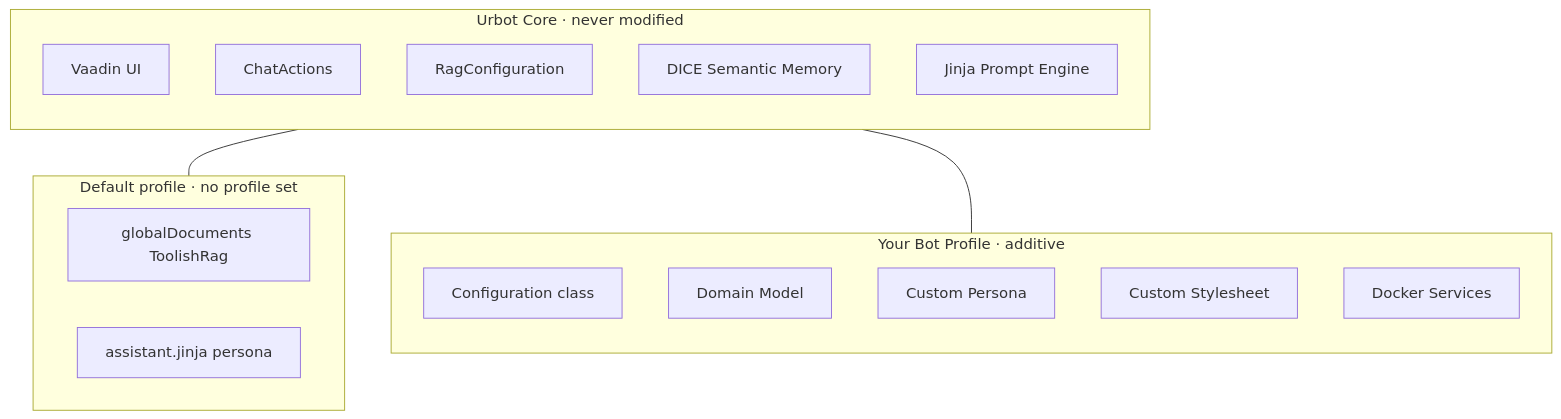
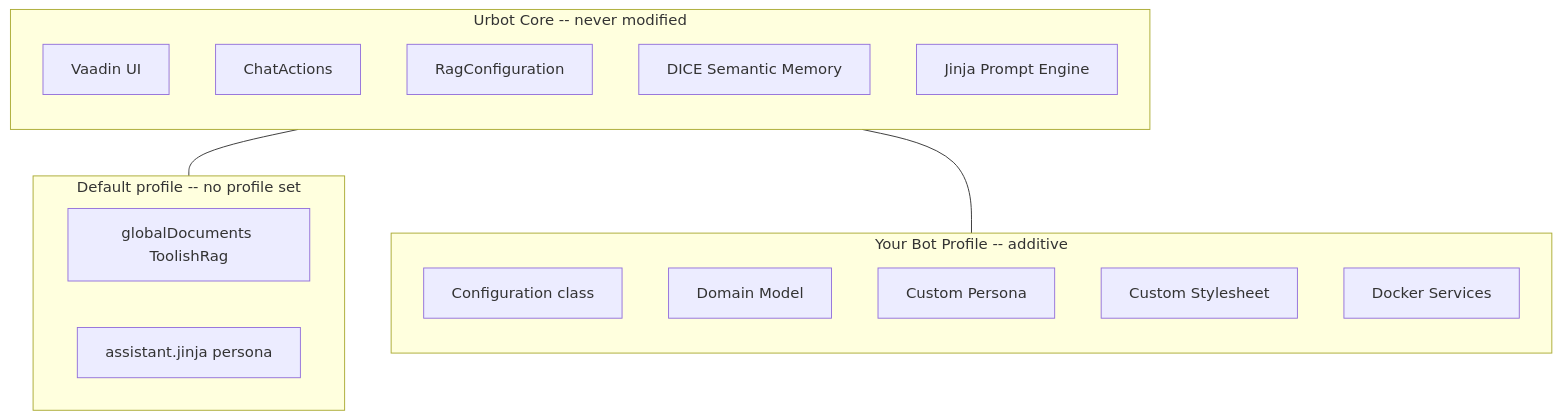
The third of 3 diagrams in README.md (embabel/urbot), drawn with Mermaid before and after one commit. The commit also changed other lines of this file and 3 other files, not shown here.

````diff
--- a/README.md
+++ b/README.md
@@ -173,28 +215,28 @@
 ```mermaid
 graph TB
-    subgraph Core["Urbot Core · never modified"]
+    subgraph Core["Urbot Core -- never modified"]
         direction TB
         UI["Vaadin UI"]
         Chat["ChatActions"]
         RAG["RagConfiguration"]
         Memory["DICE Semantic Memory"]
         Prompts["Jinja Prompt Engine"]
     end
 
-    subgraph Default["Default profile · no profile set"]
+    subgraph Default["Default profile -- no profile set"]
         DefRAG["globalDocuments ToolishRag"]
         DefPersona["assistant.jinja persona"]
     end
 
-    subgraph Custom["Your Bot Profile · additive"]
+    subgraph Custom["Your Bot Profile -- additive"]
         direction TB
         Config["Configuration class"]
         Domain["Domain Model"]
         BotPersona["Custom Persona"]
         Style["Custom Stylesheet"]
         Docker["Docker Services"]
     end
 
     Core --- Default
     Core --- Custom
 ```
````
